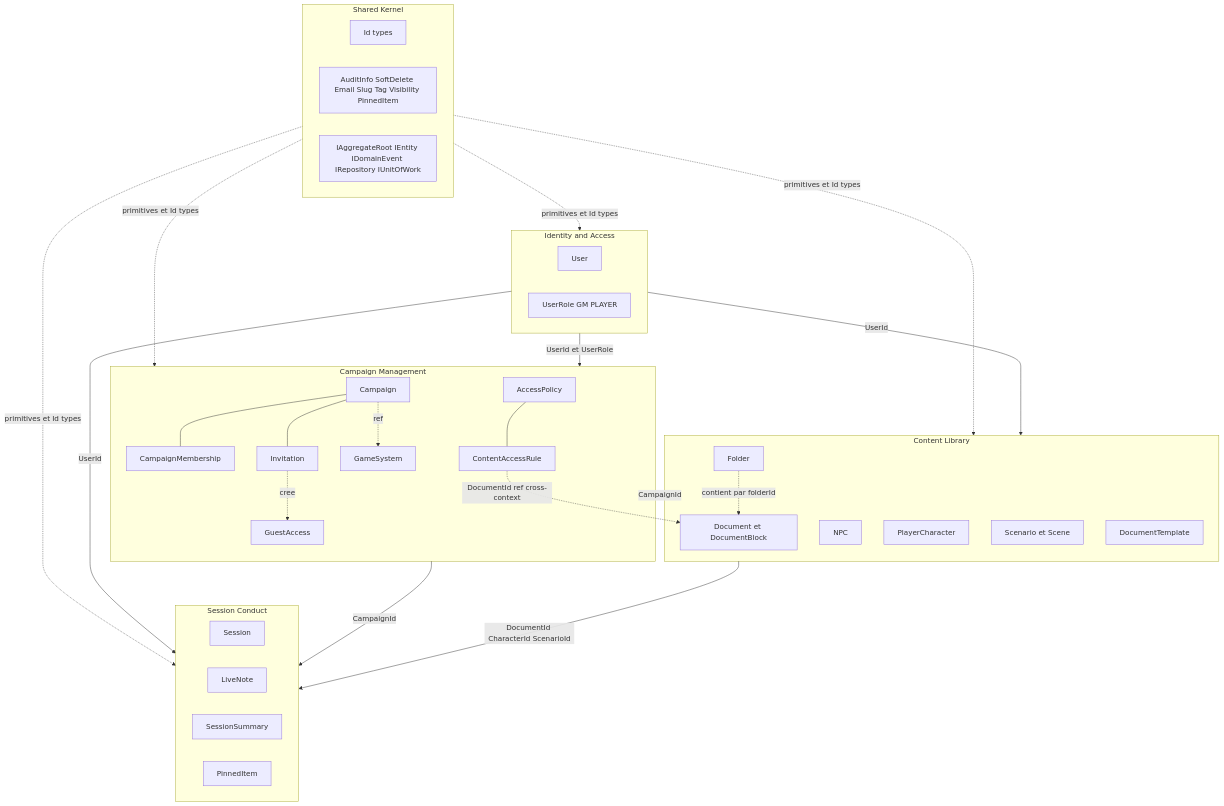
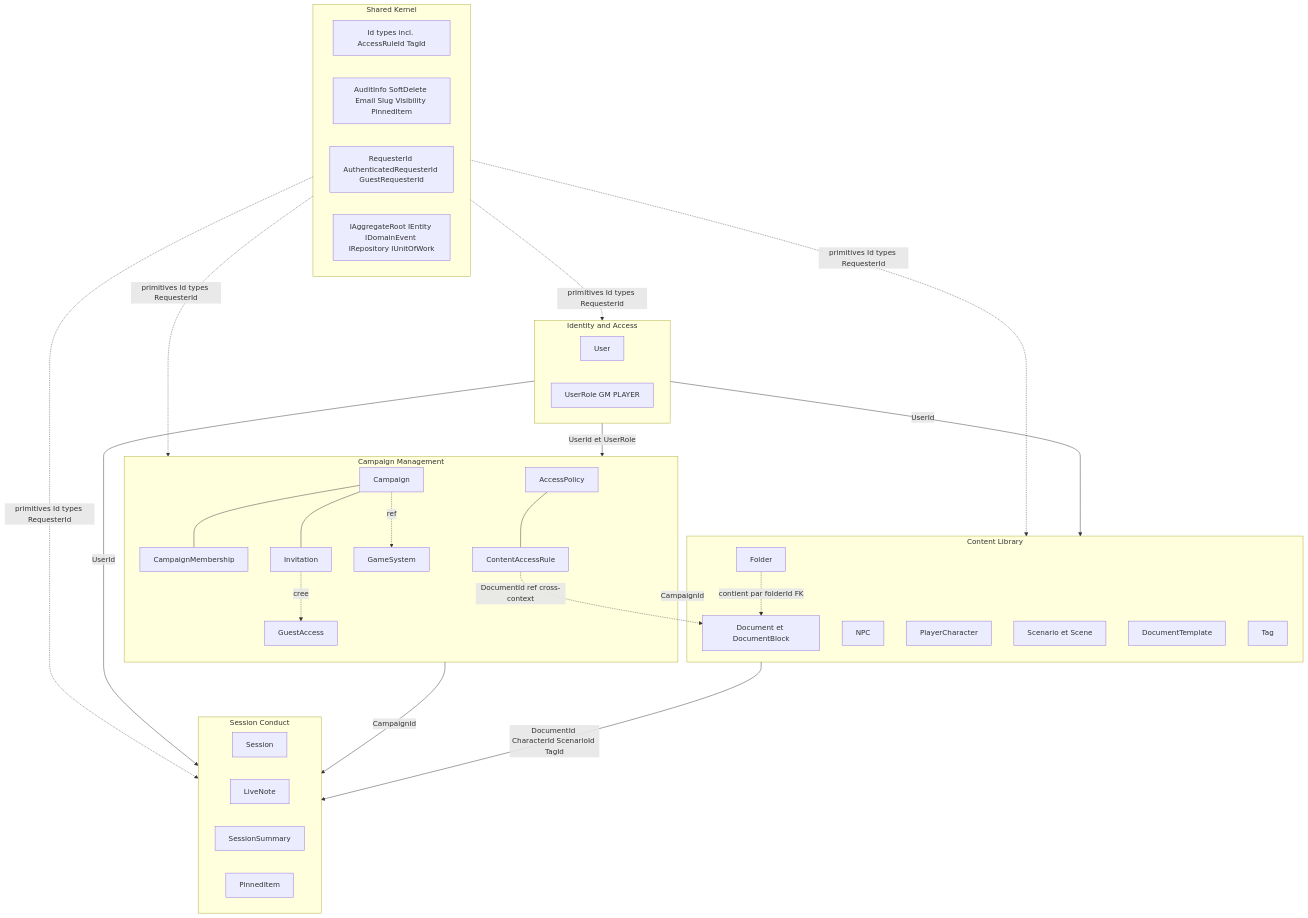
One commit to 2025-10-CDA-ECO-P6/PM-micro-saas changed the seventh of 7 diagrams in docs/conception/DiagrammesClasses.md. Above: the diagram before and after it, drawn with Mermaid. The commit also changed other lines of this file and 8 other files, not shown here.

Commit message:
docs: complete architectural audit corrections and add missing documentation

````diff
--- a/docs/conception/DiagrammesClasses.md
+++ b/docs/conception/DiagrammesClasses.md
@@ -633,52 +663,54 @@
 ```mermaid
 graph TB
     subgraph CORE[Shared Kernel]
-        IDS[Id types]
-        PRIM[AuditInfo SoftDelete Email Slug Tag Visibility PinnedItem]
+        IDS[Id types incl. AccessRuleId TagId]
+        PRIM[AuditInfo SoftDelete Email Slug Visibility PinnedItem]
+        REQ[RequesterId AuthenticatedRequesterId GuestRequesterId]
         ABS[IAggregateRoot IEntity IDomainEvent IRepository IUnitOfWork]
     end
     subgraph IA[Identity and Access]
         U[User]
         UR[UserRole GM PLAYER]
     end
     subgraph CM[Campaign Management]
         CA[Campaign]
         MB[CampaignMembership]
         INV[Invitation]
         GA[GuestAccess]
         GS[GameSystem]
         AP[AccessPolicy]
         CR[ContentAccessRule]
     end
     subgraph CL[Content Library]
         DOC[Document et DocumentBlock]
         NPC[NPC]
         PC[PlayerCharacter]
         SCE[Scenario et Scene]
         TPL[DocumentTemplate]
         FLD[Folder]
+        TAG[Tag]
     end
     subgraph SE[Session Conduct]
         SS[Session]
         LN[LiveNote]
         SUM[SessionSummary]
         PI[PinnedItem]
     end
-    CORE -.->|primitives et Id types| IA
-    CORE -.->|primitives et Id types| CM
-    CORE -.->|primitives et Id types| CL
-    CORE -.->|primitives et Id types| SE
+    CORE -.->|primitives Id types RequesterId| IA
+    CORE -.->|primitives Id types RequesterId| CM
+    CORE -.->|primitives Id types RequesterId| CL
+    CORE -.->|primitives Id types RequesterId| SE
     IA -->|UserId et UserRole| CM
     IA -->|UserId| CL
     IA -->|UserId| SE
     CM -->|CampaignId| CL
     CM -->|CampaignId| SE
     CR -.->|DocumentId ref cross-context| DOC
-    CL -->|DocumentId CharacterId ScenarioId| SE
-    FLD -.->|contient par folderId| DOC
+    CL -->|DocumentId CharacterId ScenarioId TagId| SE
+    FLD -.->|contient par folderId FK| DOC
     CA --- MB
     CA --- INV
     INV -.->|cree| GA
     AP --- CR
     CA -.->|ref| GS
 ```
````
